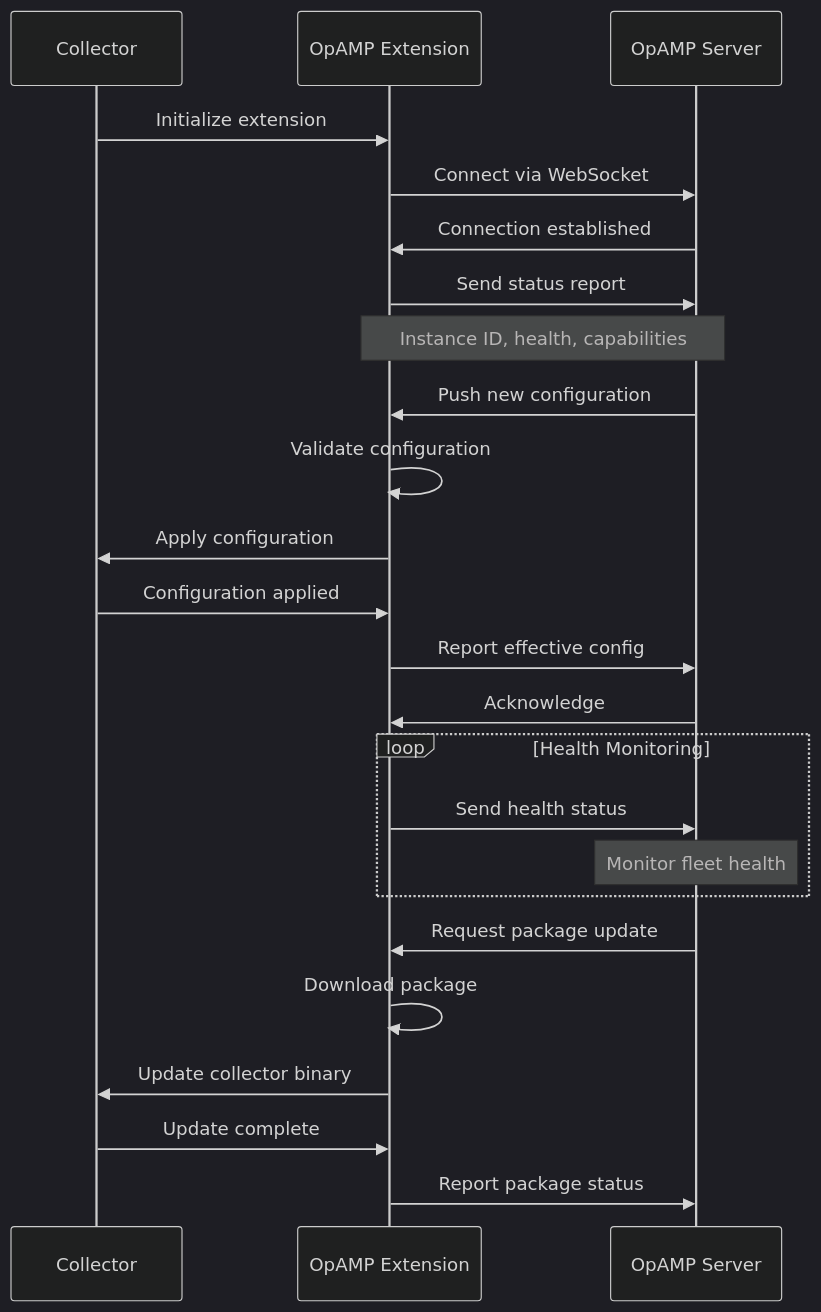
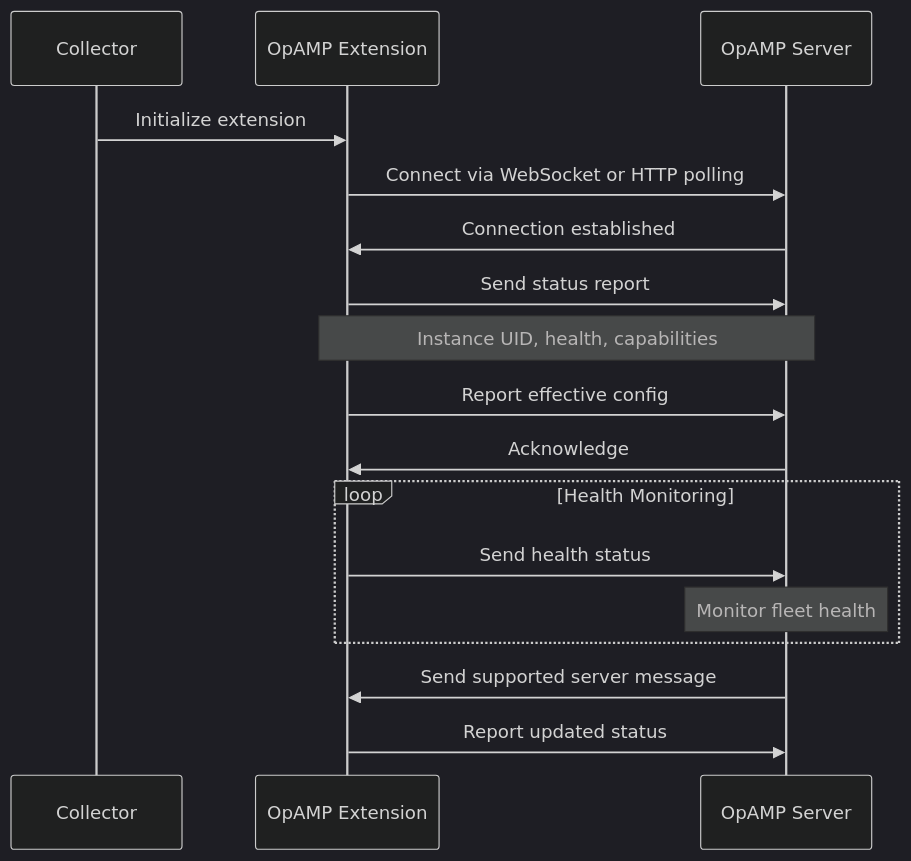
One commit to OneUptime/blog changed the first of 2 diagrams in posts/2026-02-06-opamp-extension-remote-collector-management/README.md. Above: the diagram before and after it, drawn with Mermaid (dark theme). The commit also changed other lines of this file and 2 other files, not shown here.

Commit message:
validate: 2026-02-06-opamp-extension-remote-collector-management

````diff
--- a/posts/2026-02-06-opamp-extension-remote-collector-management/README.md
+++ b/posts/2026-02-06-opamp-extension-remote-collector-management/README.md
@@ -207,32 +171,24 @@
 ```mermaid
 sequenceDiagram
     participant C as Collector
     participant O as OpAMP Extension
     participant S as OpAMP Server
 
     C->>O: Initialize extension
-    O->>S: Connect via WebSocket
+    O->>S: Connect via WebSocket or HTTP polling
     S->>O: Connection established
 
     O->>S: Send status report
-    Note over O,S: Instance ID, health, capabilities
-
-    S->>O: Push new configuration
-    O->>O: Validate configuration
-    O->>C: Apply configuration
-    C->>O: Configuration applied
+    Note over O,S: Instance UID, health, capabilities
 
     O->>S: Report effective config
     S->>O: Acknowledge
 
     loop Health Monitoring
         O->>S: Send health status
         Note over S: Monitor fleet health
     end
 
-    S->>O: Request package update
-    O->>O: Download package
-    O->>C: Update collector binary
-    C->>O: Update complete
-    O->>S: Report package status
+    S->>O: Send supported server message
+    O->>S: Report updated status
 ```
````
